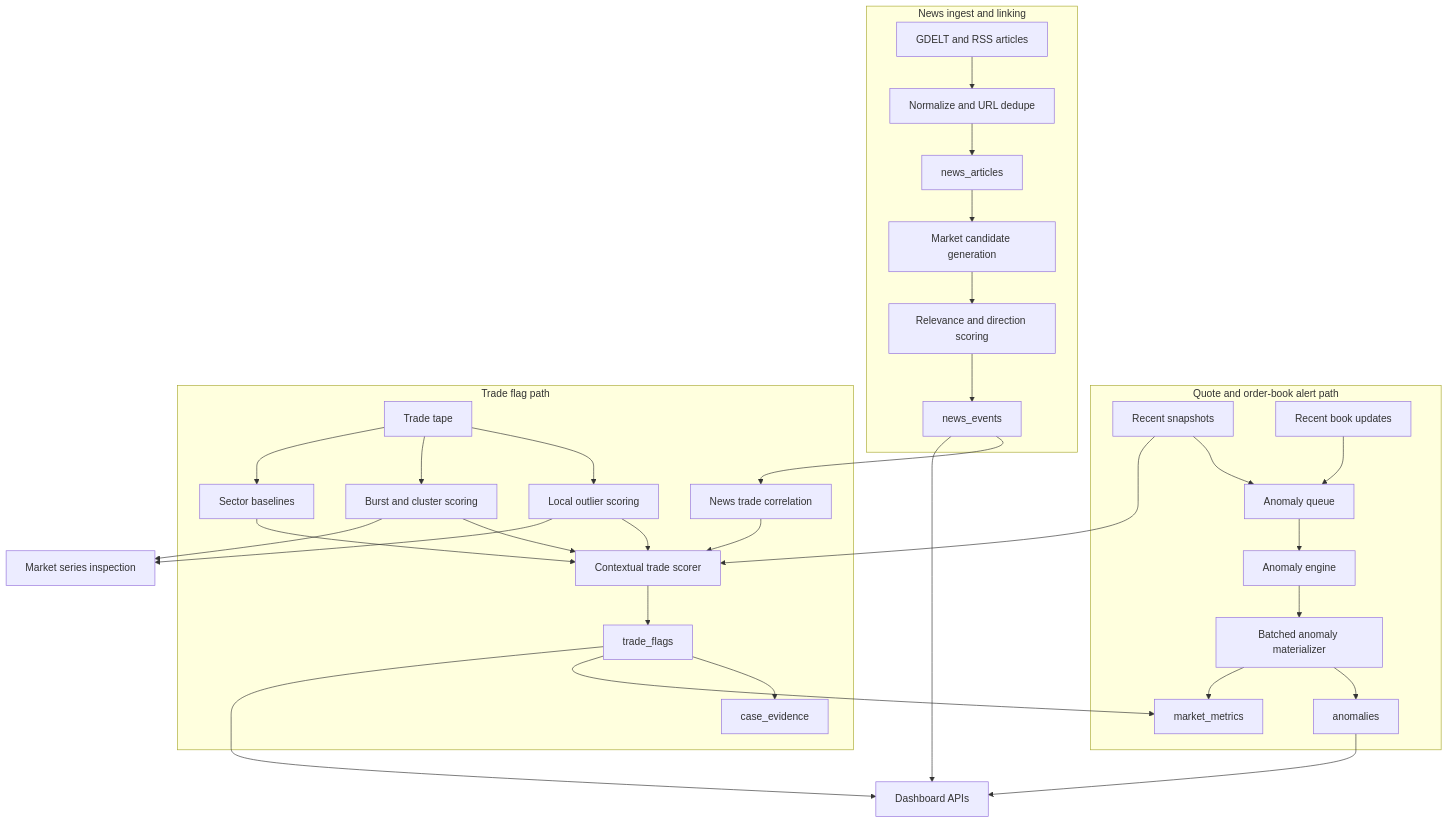
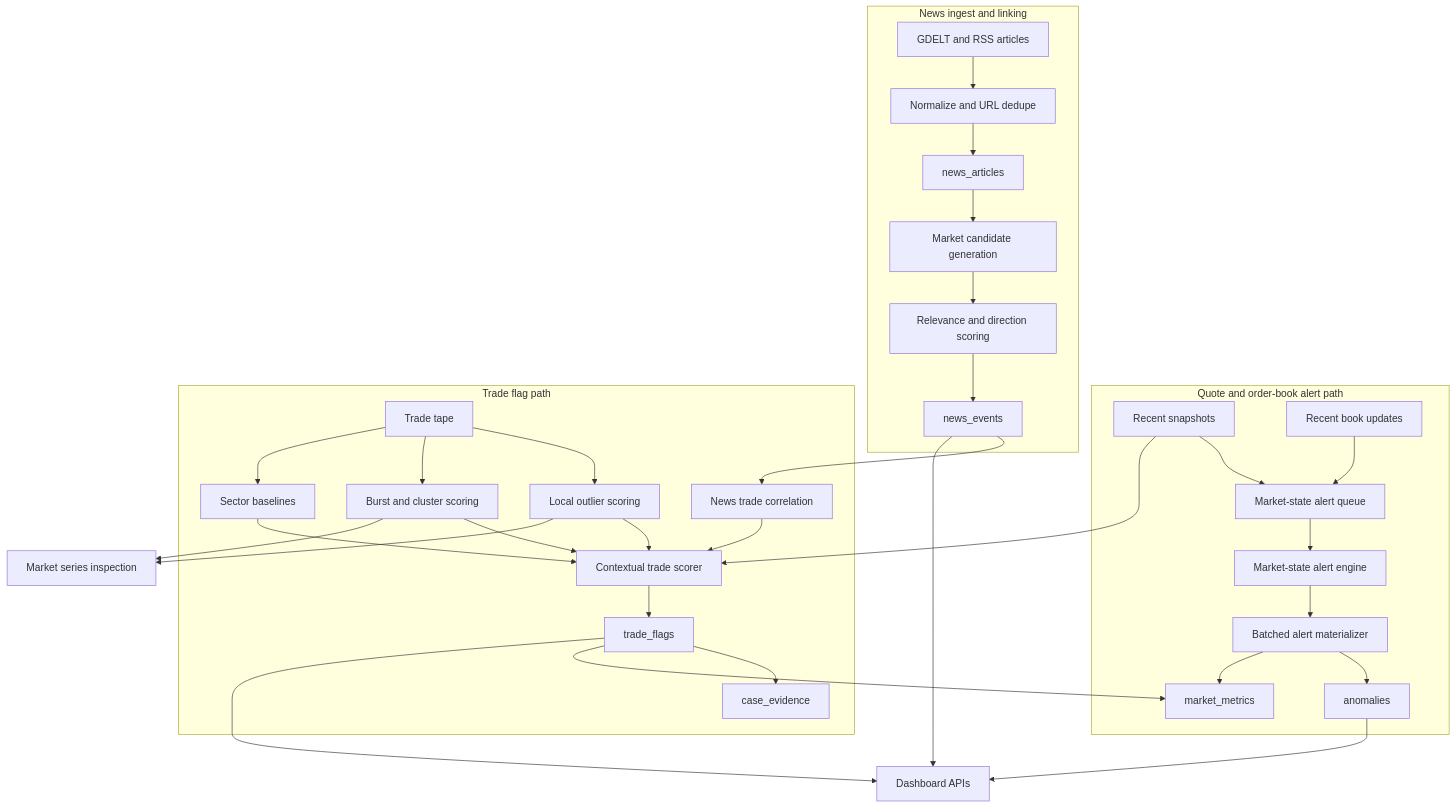
The third of 3 diagrams in README.md (hong-david/predictionmarkets), drawn with Mermaid before and after one commit. The commit also changed other lines of this file and 30 other files, not shown here.

````diff
--- a/README.md
+++ b/README.md
@@ -177,40 +182,40 @@
 ```mermaid
 flowchart TD
   subgraph QuotePath["Quote and order-book alert path"]
-    SN["Recent snapshots"] --> AQ["Anomaly queue"]
+    SN["Recent snapshots"] --> AQ["Market-state alert queue"]
     BE["Recent book updates"] --> AQ
-    AQ --> AE["Anomaly engine"]
-    AE --> AM["Batched anomaly materializer"]
+    AQ --> AE["Market-state alert engine"]
+    AE --> AM["Batched alert materializer"]
     AM --> AN["anomalies"]
     AM --> MM["market_metrics"]
   end
 
   subgraph NewsPath["News ingest and linking"]
     RAWNEWS["GDELT and RSS articles"] --> NA["Normalize and URL dedupe"]
     NA --> NP["news_articles"]
     NP --> NL["Market candidate generation"]
     NL --> NR["Relevance and direction scoring"]
     NR --> NE["news_events"]
   end
 
   subgraph TradePath["Trade flag path"]
     TR["Trade tape"] --> TS["Local outlier scoring"]
     TR --> TB["Burst and cluster scoring"]
     TR --> BL["Sector baselines"]
     TS --> TC["Contextual trade scorer"]
     TB --> TC
     BL --> TC
     SN --> TC
     NE --> NT["News trade correlation"]
     NT --> TC
     TC --> TF["trade_flags"]
     TF --> CE["case_evidence"]
     TF --> MM
   end
 
   AN --> API3["Dashboard APIs"]
   NE --> API3
   TF --> API3
   TS --> SER["Market series inspection"]
   TB --> SER
 ```
````
